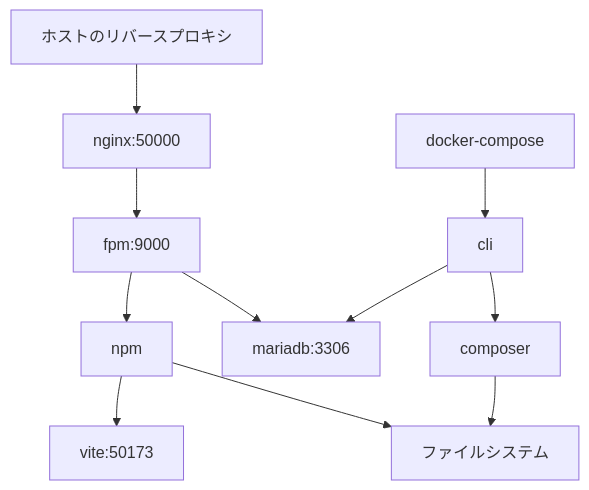
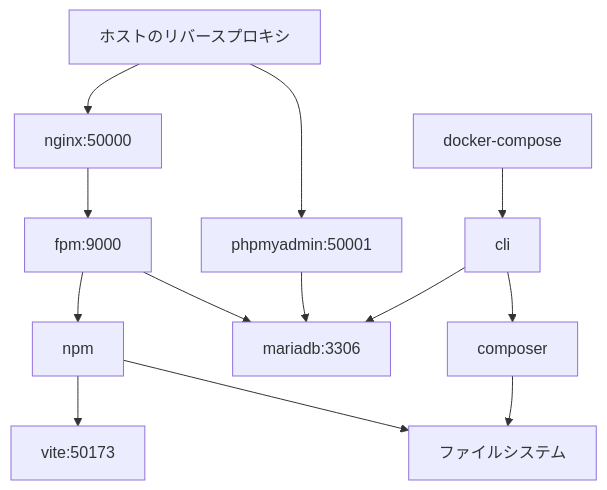
Before and after one commit to nazki0325/laravel-docker-vite: the diagram in README.md, drawn with Mermaid. The commit also changed other lines of this file, not shown here.

````diff
--- a/README.md
+++ b/README.md
@@ -26,10 +29,12 @@
 ```mermaid
 flowchart TD
+    ホストのリバースプロキシ --> phpmyadmin:50001
     ホストのリバースプロキシ --> nginx:50000 --> fpm:9000 --> npm --> vite:50173
     docker-compose --> cli --> mariadb:3306
     cli --> composer
+    phpmyadmin:50001 --> mariadb:3306
     fpm:9000 --> mariadb:3306
 
     composer --> ファイルシステム
     npm --> ファイルシステム
 ```
````
